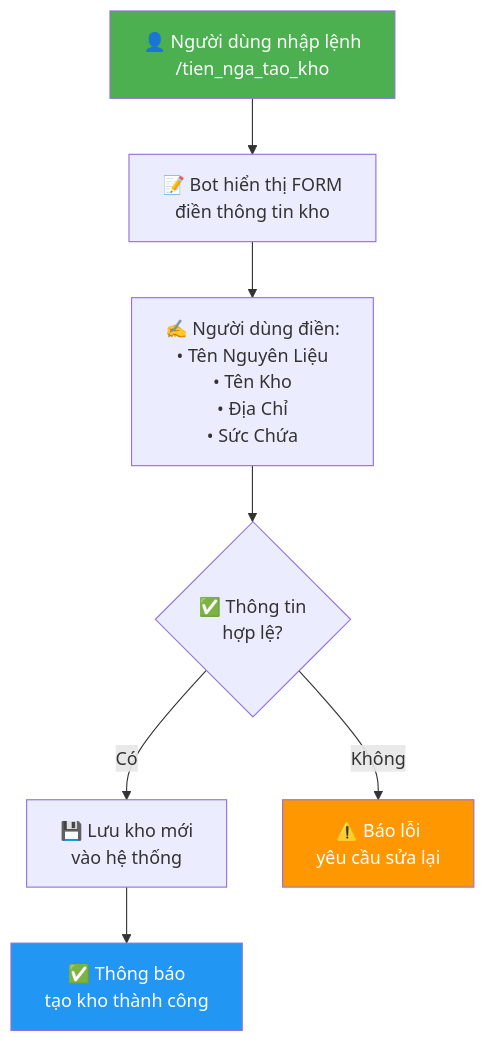
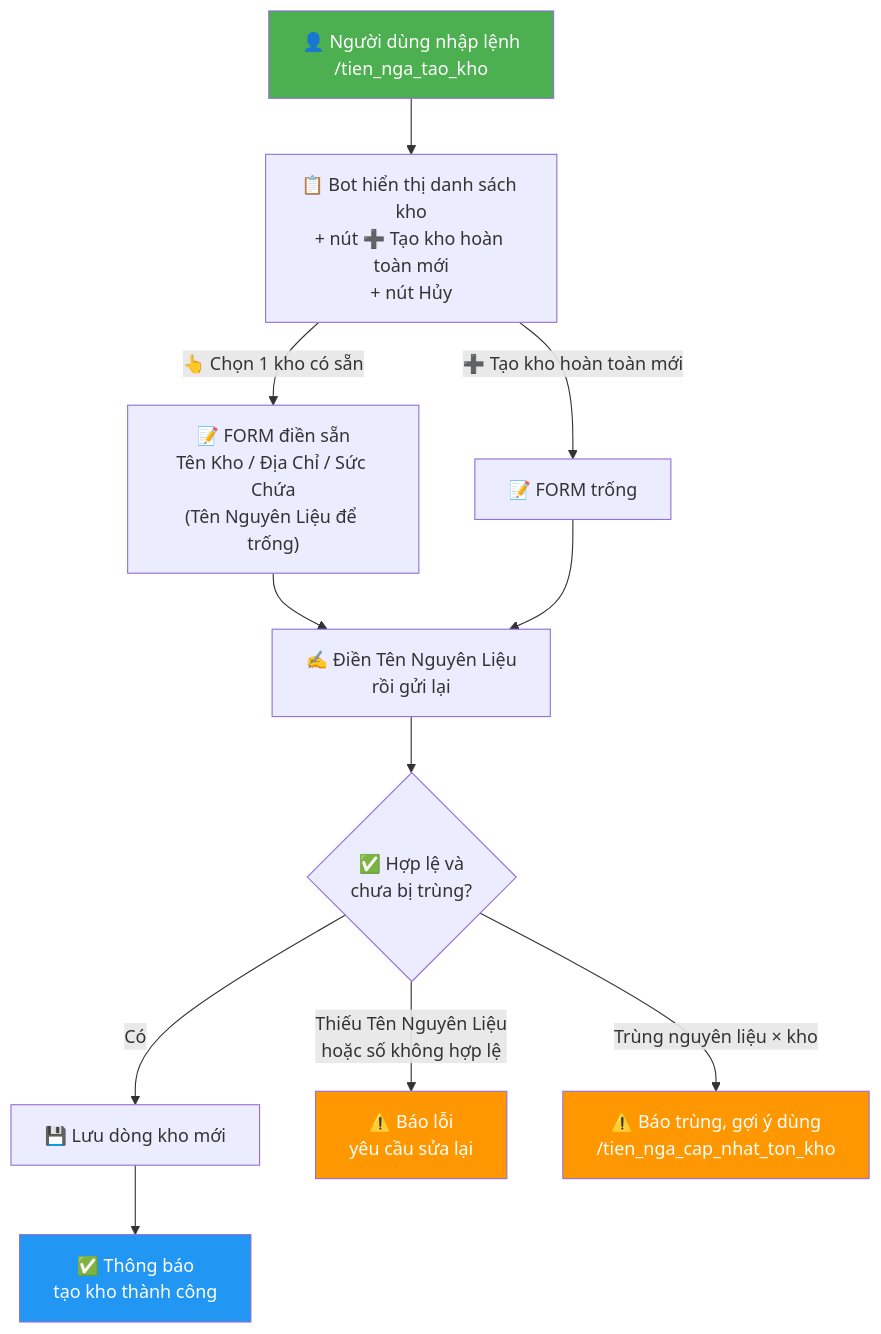
Before and after one commit to danglm/backend_bot: the second of 8 diagrams in inventory_workflow.md, drawn with Mermaid. The commit also changed other lines of this file and 2 other files, not shown here.

````diff
--- a/inventory_workflow.md
+++ b/inventory_workflow.md
@@ -40,13 +42,18 @@
 ```mermaid
 flowchart TD
-    A["👤 Người dùng nhập lệnh\n/tien_nga_tao_kho"] --> B["📝 Bot hiển thị FORM\nđiền thông tin kho"]
-    B --> C["✍️ Người dùng điền:\n• Tên Nguyên Liệu\n• Tên Kho\n• Địa Chỉ\n• Sức Chứa"]
-    C --> D{"✅ Thông tin\nhợp lệ?"}
-    D -- Có --> E["💾 Lưu kho mới\nvào hệ thống"]
-    E --> F["✅ Thông báo\ntạo kho thành công"]
-    D -- Không --> G["⚠️ Báo lỗi\nyêu cầu sửa lại"]
+    A["👤 Người dùng nhập lệnh\n/tien_nga_tao_kho"] --> B["📋 Bot hiển thị danh sách kho\n+ nút ➕ Tạo kho hoàn toàn mới\n+ nút Hủy"]
+    B -- "👆 Chọn 1 kho có sẵn" --> C["📝 FORM điền sẵn\nTên Kho / Địa Chỉ / Sức Chứa\n(Tên Nguyên Liệu để trống)"]
+    B -- "➕ Tạo kho hoàn toàn mới" --> D["📝 FORM trống"]
+    C --> E["✍️ Điền Tên Nguyên Liệu\nrồi gửi lại"]
+    D --> E
+    E --> F{"✅ Hợp lệ và\nchưa bị trùng?"}
+    F -- Có --> G["💾 Lưu dòng kho mới"]
+    G --> H["✅ Thông báo\ntạo kho thành công"]
+    F -- "Thiếu Tên Nguyên Liệu\nhoặc số không hợp lệ" --> I["⚠️ Báo lỗi\nyêu cầu sửa lại"]
+    F -- "Trùng nguyên liệu × kho" --> J["⚠️ Báo trùng, gợi ý dùng\n/tien_nga_cap_nhat_ton_kho"]
 
     style A fill:#4CAF50,color:#fff
-    style F fill:#2196F3,color:#fff
-    style G fill:#FF9800,color:#fff
+    style H fill:#2196F3,color:#fff
+    style I fill:#FF9800,color:#fff
+    style J fill:#FF9800,color:#fff
 ```
````
